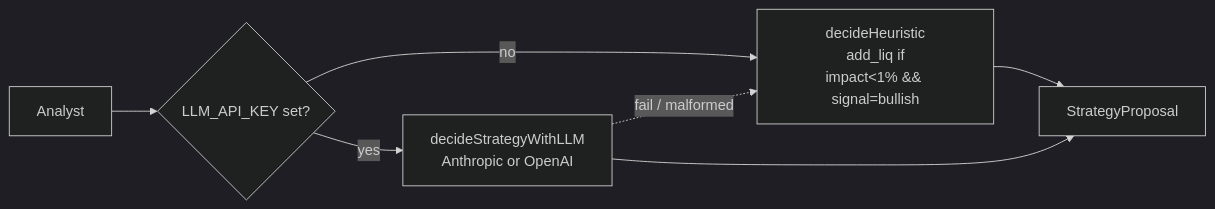
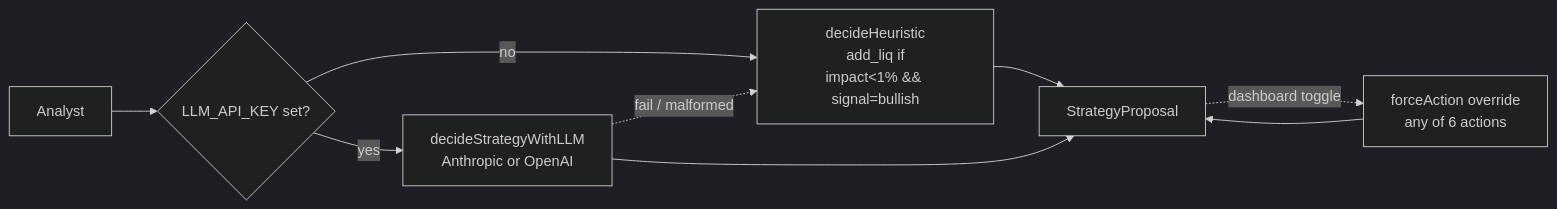
The fourth of 5 diagrams in README.md (antidumpalways/ARWA-Agent), drawn with Mermaid (dark theme) before and after one commit. The commit also changed other lines of this file, not shown here.

First line of the commit message:
docs: README v0.8.2 — 6 strategy actions + native stake + dashboard toggle

````diff
--- a/README.md
+++ b/README.md
@@ -656,9 +674,11 @@
 ```mermaid
 flowchart LR
     A[Analyst] --> B{LLM_API_KEY set?}
     B -- no --> H[decideHeuristic<br/>add_liq if<br/>impact<1% &amp;&amp; signal=bullish]
     B -- yes --> L[decideStrategyWithLLM<br/>Anthropic or OpenAI]
     L -.->|fail / malformed| H
     H --> P[StrategyProposal]
     L --> P
+    P -.->|dashboard toggle| F[forceAction override<br/>any of 6 actions]
+    F --> P
 ```
````
